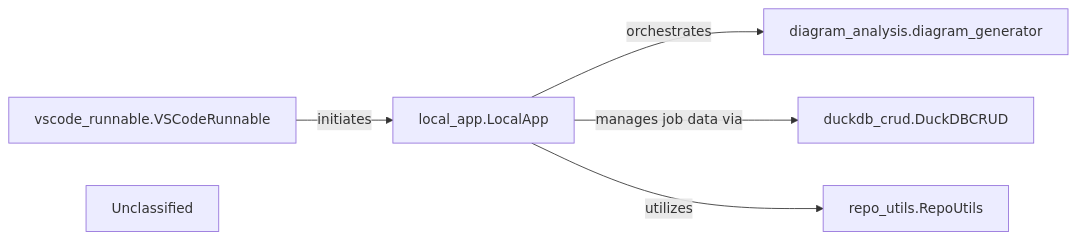
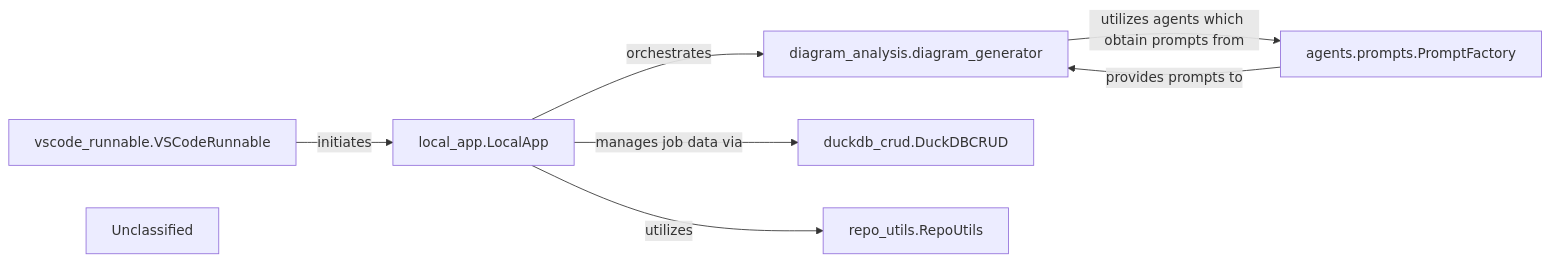
Before and after one commit to mariyam866/CodeBoarding: the diagram in .codeboarding/API_Service.md, drawn with Mermaid. The commit also changed other lines of this file and 15 other files, not shown here.

First line of the commit message:
docs: update codeboarding documentation and generate architecture

````diff
--- a/.codeboarding/API_Service.md
+++ b/.codeboarding/API_Service.md
@@ -1,13 +1,16 @@
 ```mermaid
 graph LR
     local_app_LocalApp["local_app.LocalApp"]
     diagram_analysis_diagram_generator["diagram_analysis.diagram_generator"]
+    agents_prompts_PromptFactory["agents.prompts.PromptFactory"]
     duckdb_crud_DuckDBCRUD["duckdb_crud.DuckDBCRUD"]
     repo_utils_RepoUtils["repo_utils.RepoUtils"]
     vscode_runnable_VSCodeRunnable["vscode_runnable.VSCodeRunnable"]
     Unclassified["Unclassified"]
     vscode_runnable_VSCodeRunnable -- "initiates" --> local_app_LocalApp
     local_app_LocalApp -- "orchestrates" --> diagram_analysis_diagram_generator
     local_app_LocalApp -- "manages job data via" --> duckdb_crud_DuckDBCRUD
     local_app_LocalApp -- "utilizes" --> repo_utils_RepoUtils
+    diagram_analysis_diagram_generator -- "utilizes agents which obtain prompts from" --> agents_prompts_PromptFactory
+    agents_prompts_PromptFactory -- "provides prompts to" --> diagram_analysis_diagram_generator
 ```
````
